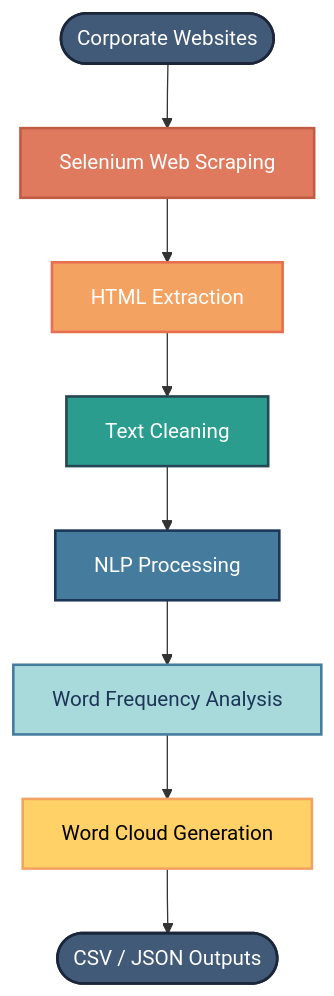
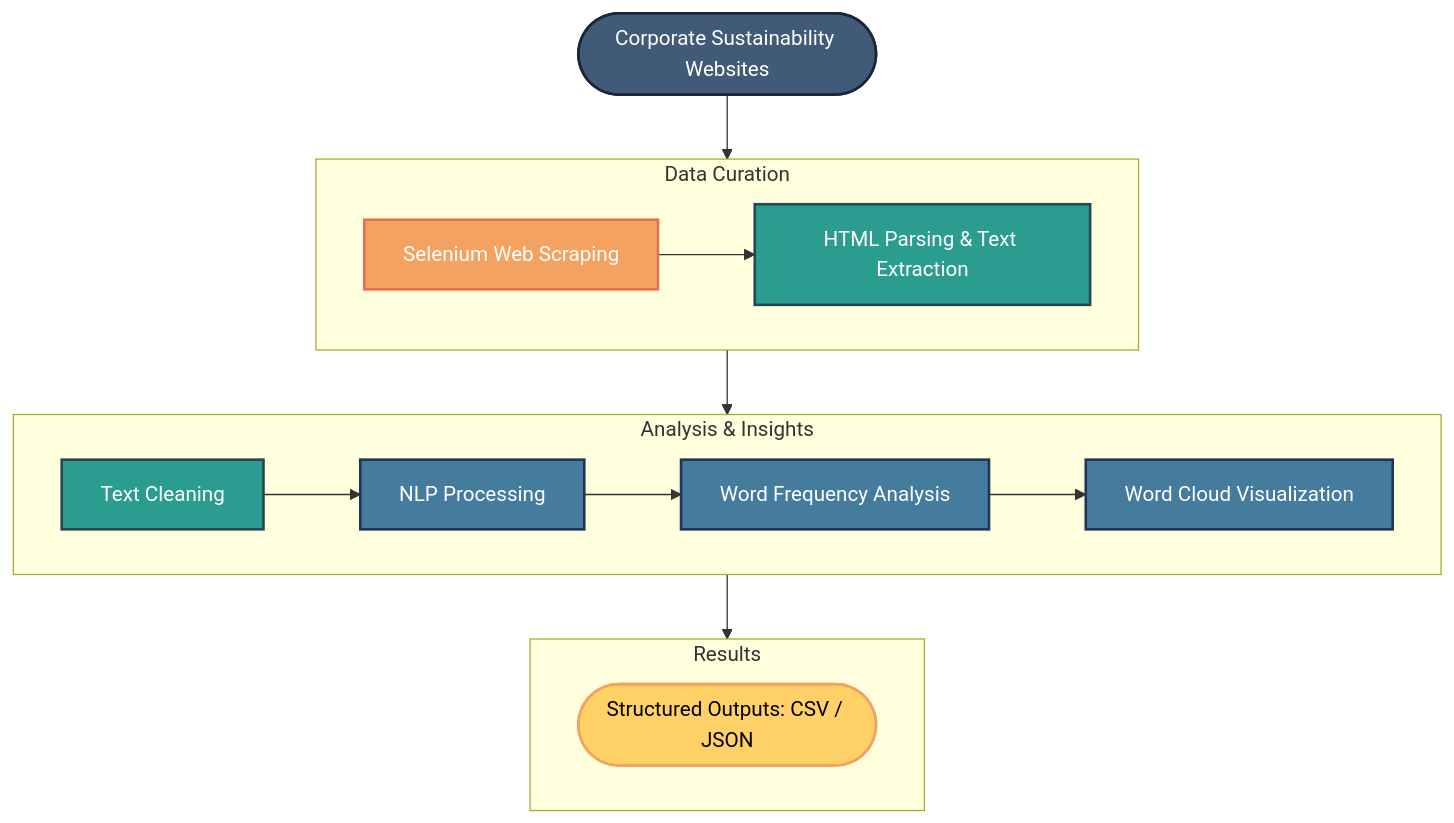
One commit to mayramtv/sustain-intel-pipeline changed the diagram in README.md. Above: the diagram before and after it, drawn with Mermaid. The commit also changed other lines of this file and 1 other file, not shown here.

Commit message:
add hero image and upate workflow

````diff
--- a/README.md
+++ b/README.md
@@ -40,20 +43,37 @@
 ```mermaid
 flowchart TD
-    A([Corporate Websites]) --> B[Selenium Web Scraping]
-    B --> C[HTML Extraction]
-    C --> D[Text Cleaning]
-    D --> E[NLP Processing]
-    E --> F[Word Frequency Analysis]
-    F --> G[Word Cloud Generation]
-    G --> H([CSV / JSON Outputs])
+    %% Nodes Definition
+    A([Corporate Sustainability Websites])
     
-    style A fill:#415a77,stroke:#1b263b,stroke-width:2px,color:#ffffff
-    style H fill:#415a77,stroke:#1b263b,stroke-width:2px,color:#ffffff
-    style B fill:#e07a5f,stroke:#c05c43,stroke-width:2px,color:#ffffff
-    style C fill:#f4a261,stroke:#e76f51,stroke-width:2px,color:#ffffff
-    style D fill:#2a9d8f,stroke:#264653,stroke-width:2px,color:#ffffff
-    style E fill:#457b9d,stroke:#1d3557,stroke-width:2px,color:#ffffff
-    style F fill:#a8dadc,stroke:#457b9d,stroke-width:2px,color:#1d3557
-    style G fill:#ffd166,stroke:#f4a261,stroke-width:2px,color:#000000
+    subgraph Data_Curation["Data Curation"]
+        B[Selenium Web Scraping] --> C[HTML Parsing & Text Extraction]
+        C
+    end
 
+    subgraph Analysis["Analysis & Insights"]
+        D[Text Cleaning] --> E[NLP Processing]
+        E --> F[Word Frequency Analysis]
+        F --> G[Word Cloud Visualization]
+    end
+
+    subgraph Results["Results"]
+        H([Structured Outputs: CSV / JSON])
+    end
+
+    %% Pipeline Connections
+    A --> Data_Curation
+    Data_Curation --> Analysis
+    Analysis --> Results
+
+    classDef scrape fill:#f4a261,stroke:#e76f51,stroke-width:2px,color:#ffffff
+    classDef clean fill:#2a9d8f,stroke:#264653,stroke-width:2px,color:#ffffff
+    classDef process fill:#457b9d,stroke:#1d3557,stroke-width:2px,color:#ffffff
+    classDef result fill:#ffd166,stroke:#f4a261,stroke-width:2px,color:#000000
+    classDef startEnd fill:#415a77,stroke:#1b263b,stroke-width:2px,color:#ffffff
+    
+    class A,H startEnd
+    class B scrape
+    class C,D clean
+    class E,F,G process
+    class H result
 ```
````
